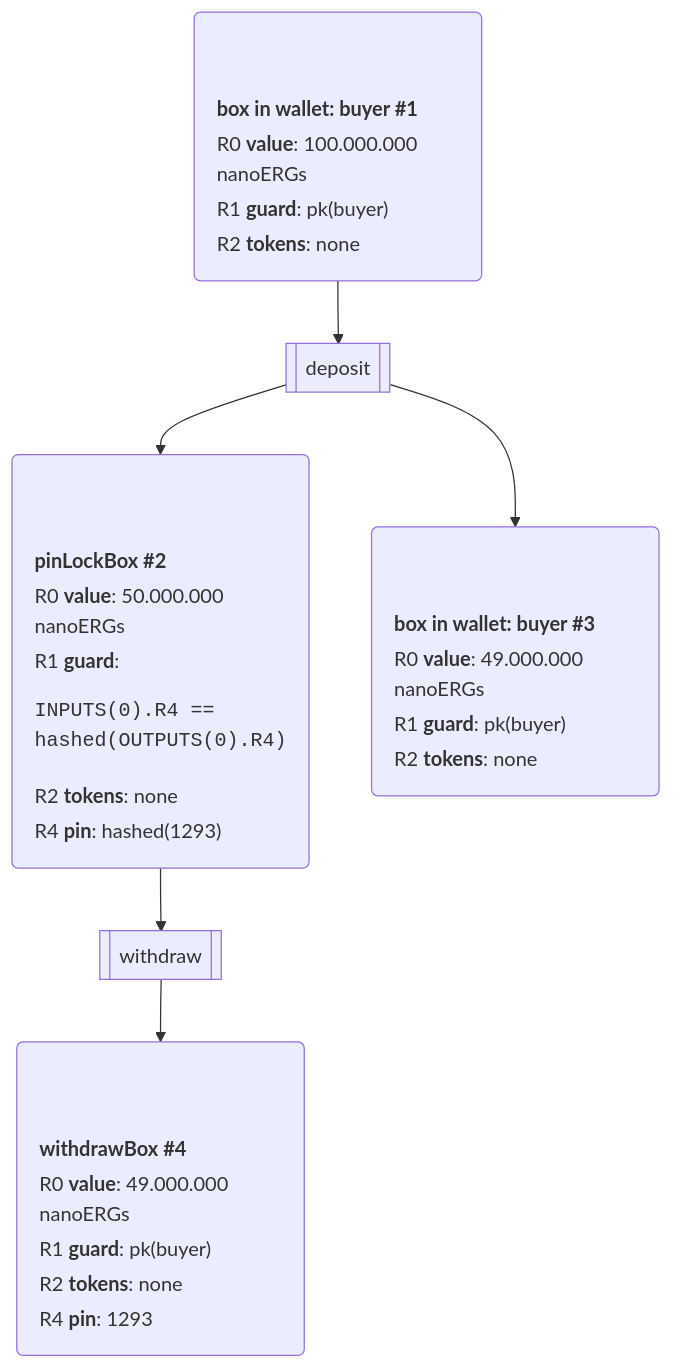
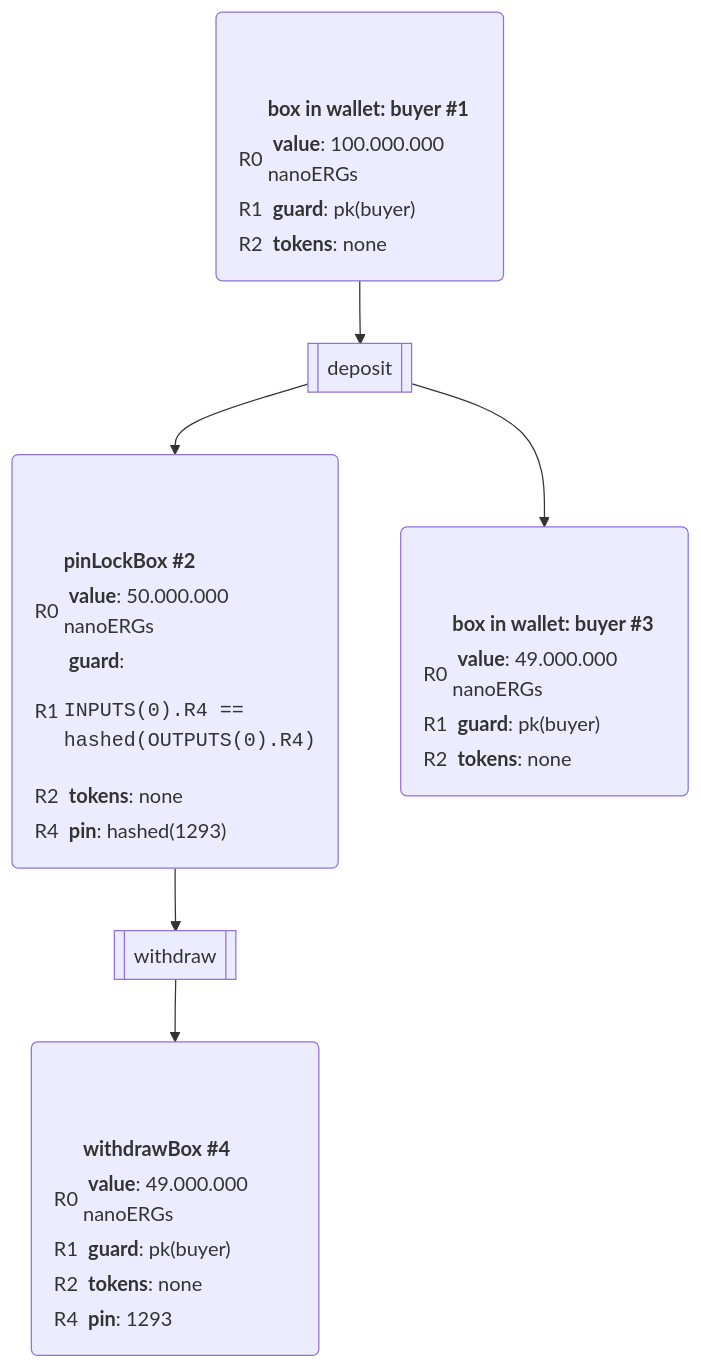
One commit to RalfWeiss/ergo-course-summary changed the diagram in ergoscript/example-contracts/pinLockContract.md. Above: the diagram before and after it, drawn with Mermaid. The commit also changed 3 other files, not shown here.

````diff
--- a/ergoscript/example-contracts/pinLockContract.md
+++ b/ergoscript/example-contracts/pinLockContract.md
@@ -30,47 +30,47 @@
 ```mermaid
 flowchart TD
 
   %% adjust margin-top: lines = 5; margin-top -12ex --> (lines-1) * 3 ex
   walletBox1("<table style='text-align:left; margin-top: -9ex; margin-bottom: 0;' > 
-    <tr><th><b>box in wallet: buyer #1</b></th></tr> 
-    <tr><td>R0 <b>value</b>: 100.000.000 nanoERGs</td></tr>     
-    <tr><td>R1 <b>guard</b>: pk(buyer)</td></tr> 
-    <tr><td>R2 <b>tokens</b>: none</td></tr> 
+    <tr><th></th><th><b>box in wallet: buyer #1</b></th></tr> 
+    <tr><td>R0</td><td> <b>value</b>: 100.000.000 nanoERGs</td></tr>     
+    <tr><td>R1</td><td> <b>guard</b>: pk(buyer)</td></tr> 
+    <tr><td>R2</td><td> <b>tokens</b>: none</td></tr> 
     </table>")
 
   %% adjust margin-top: lines = 5; margin-top -12ex --> (lines-1) * 3 ex
   pinLockBox("<table style='text-align:left; margin-top: -11ex; margin-bottom: 0;' > 
-    <tr><th><b>pinLockBox #2</b></th></tr> 
-    <tr><td >R0 <b>value</b>: 50.000.000 nanoERGs</td></tr> 
-    <tr><td >R1 <b>guard</b>: <br/><pre>INPUTS(0).R4 == <br/>hashed(OUTPUTS(0).R4)</pre></td></tr> 
-    <tr><td>R2 <b>tokens</b>: none</td></tr> 
-    <tr><td >R4 <b>pin</b>: hashed(1293)</td></tr>     
+    <tr><th></th><th><b>pinLockBox #2</b></th></tr> 
+    <tr><td>R0</td><td> <b>value</b>: 50.000.000 nanoERGs</td></tr> 
+    <tr><td>R1</td><td> <b>guard</b>: <br/><pre>INPUTS(0).R4 == <br/>hashed(OUTPUTS(0).R4)</pre></td></tr> 
+    <tr><td>R2</td><td> <b>tokens</b>: none</td></tr> 
+    <tr><td>R4</td><td> <b>pin</b>: hashed(1293)</td></tr>     
     </table>  ")
 
   walletBox2("<table style='text-align:left; margin-top: -9ex; margin-bottom: 0;' > 
-    <tr><th><b>box in wallet: buyer #3</b></th></tr> 
-    <tr><td>R0 <b>value</b>: 49.000.000 nanoERGs</td></tr>     
-    <tr><td>R1 <b>guard</b>: pk(buyer)</td></tr> 
-    <tr><td>R2 <b>tokens</b>: none</td></tr> 
+    <tr><th></th><th><b>box in wallet: buyer #3</b></th></tr> 
+    <tr><td>R0</td><td> <b>value</b>: 49.000.000 nanoERGs</td></tr>     
+    <tr><td>R1</td><td> <b>guard</b>: pk(buyer)</td></tr> 
+    <tr><td>R2</td><td> <b>tokens</b>: none</td></tr> 
     </table>")
 
   %% adjust margin-top: lines = 5; margin-top -12ex --> (lines-1) * 3 ex
   withdrawBox("<table style='text-align:left; margin-top: -11ex; margin-bottom: 0;' > 
-    <tr><th><b>withdrawBox #4</b></th></tr> 
-    <tr><td>R0 <b>value</b>: 49.000.000 nanoERGs</td></tr> 
-    <tr><td>R1 <b>guard</b>: pk(buyer)</td></tr> 
-    <tr><td>R2 <b>tokens</b>: none</td></tr>     
-    <tr><td>R4 <b>pin</b>: 1293</td></tr>
+    <tr><th></th><th><b>withdrawBox #4</b></th></tr> 
+    <tr><td>R0</td><td> <b>value</b>: 49.000.000 nanoERGs</td></tr> 
+    <tr><td>R1</td><td> <b>guard</b>: pk(buyer)</td></tr> 
+    <tr><td>R2</td><td> <b>tokens</b>: none</td></tr>     
+    <tr><td>R4</td><td> <b>pin</b>: 1293</td></tr>
     </table>  ")
 
 
   Tx1[["deposit"]]
   Tx2[["withdraw"]]
 
 
   walletBox1 --> Tx1
   Tx1 --> pinLockBox
   Tx1 --> walletBox2 
   pinLockBox --> Tx2 --> withdrawBox
 
 ```
````
